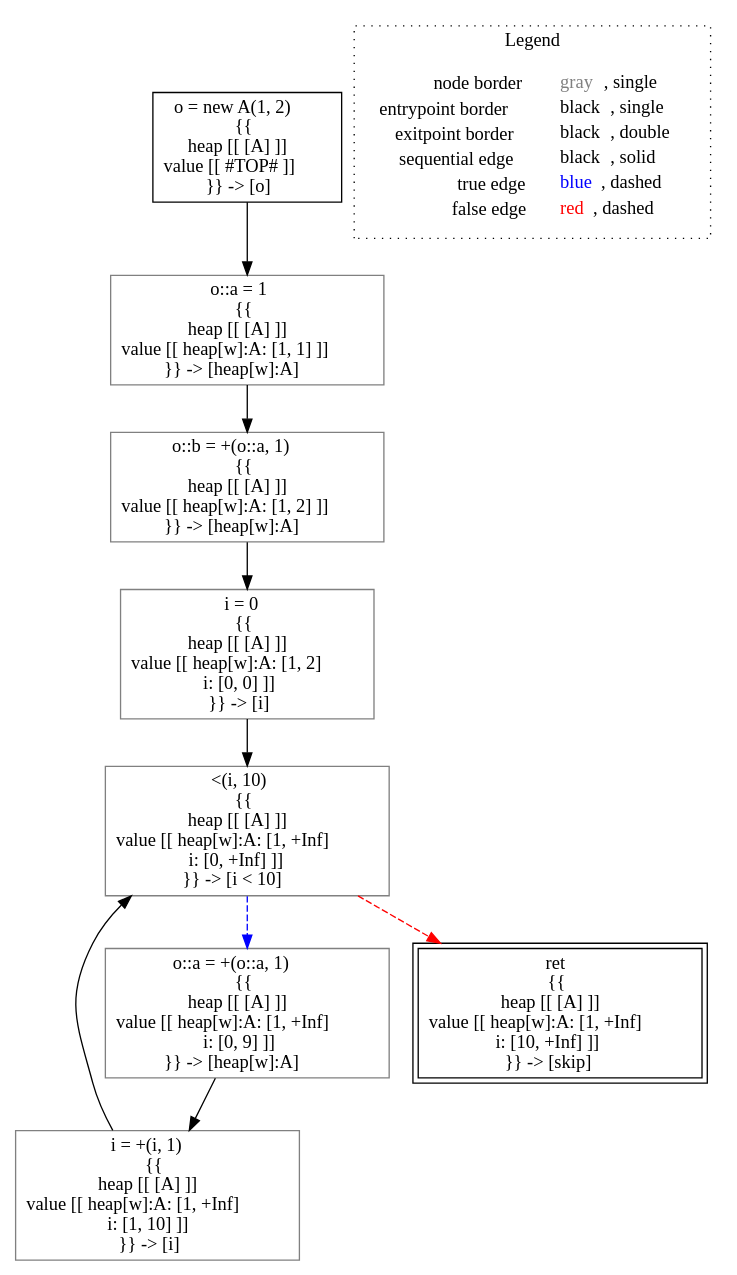
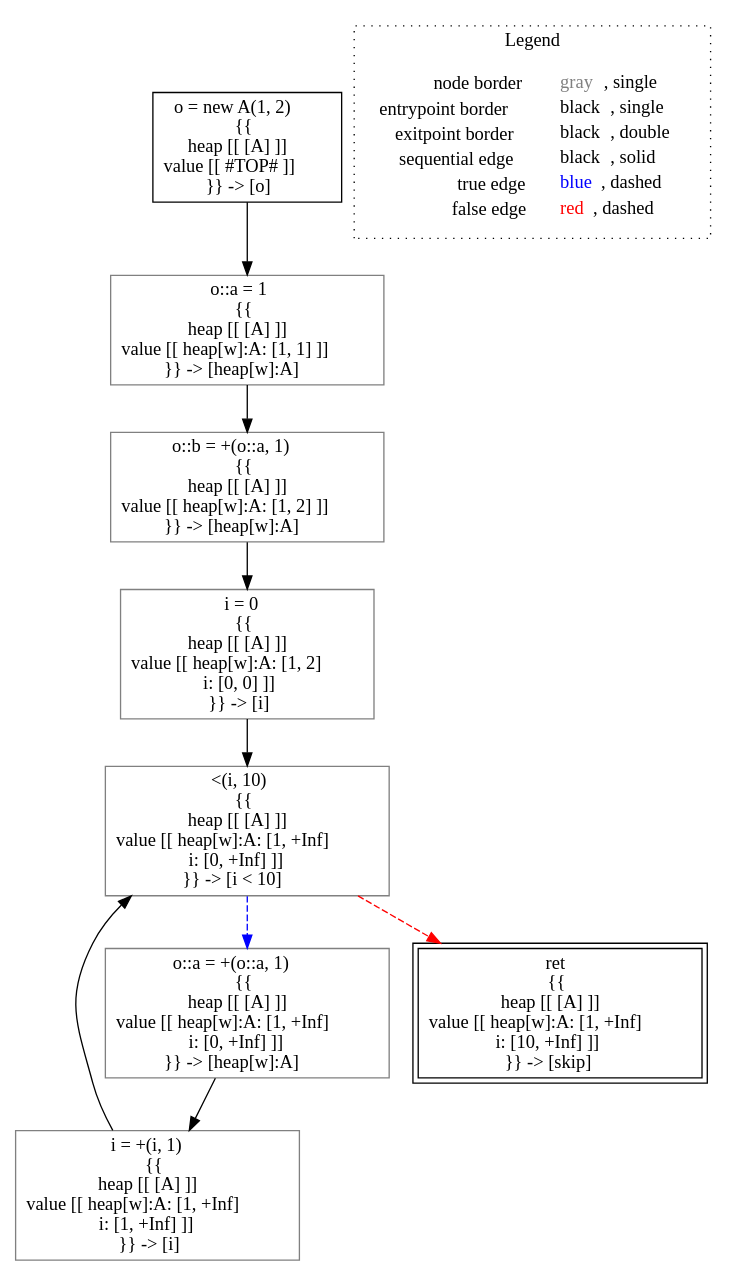
One commit to lisa-analyzer/lisa changed the diagram in lisa/imp-testcases/heap/type-based-heap/analysis___untyped_A.f2(A_this).dot. Above: the diagram before and after it, drawn with Graphviz. The commit also changed 17 other files, not shown here.

```diff
--- a/lisa/imp-testcases/heap/type-based-heap/analysis___untyped_A.f2(A_this).dot
+++ b/lisa/imp-testcases/heap/type-based-heap/analysis___untyped_A.f2(A_this).dot
@@ -1,25 +1,25 @@
 digraph {
 	"node0" [shape="rect",color="black",label=<o = new A(1, 2)<BR/>{{<BR/>heap [[ [A] ]]<BR/>value [[ #TOP# ]]<BR/>}} -&gt; [o]>];
-	"node1" [shape="rect",color="gray",label=<o::a = +(o::a, 1)<BR/>{{<BR/>heap [[ [A] ]]<BR/>value [[ heap[w]:A: [1, +Inf]<BR/>i: [0, 9] ]]<BR/>}} -&gt; [heap[w]:A]>];
-	"node2" [shape="rect",color="gray",label=<o::a = 1<BR/>{{<BR/>heap [[ [A] ]]<BR/>value [[ heap[w]:A: [1, 1] ]]<BR/>}} -&gt; [heap[w]:A]>];
-	"node3" [shape="rect",color="gray",label=<o::b = +(o::a, 1)<BR/>{{<BR/>heap [[ [A] ]]<BR/>value [[ heap[w]:A: [1, 2] ]]<BR/>}} -&gt; [heap[w]:A]>];
-	"node4" [shape="rect",color="gray",label=<i = 0<BR/>{{<BR/>heap [[ [A] ]]<BR/>value [[ heap[w]:A: [1, 2]<BR/>i: [0, 0] ]]<BR/>}} -&gt; [i]>];
-	"node5" [shape="rect",color="gray",label=<i = +(i, 1)<BR/>{{<BR/>heap [[ [A] ]]<BR/>value [[ heap[w]:A: [1, +Inf]<BR/>i: [1, 10] ]]<BR/>}} -&gt; [i]>];
+	"node1" [shape="rect",color="gray",label=<o::a = +(o::a, 1)<BR/>{{<BR/>heap [[ [A] ]]<BR/>value [[ heap[w]:A: [1, +Inf]<BR/>i: [0, +Inf] ]]<BR/>}} -&gt; [heap[w]:A]>];
+	"node2" [shape="rect",color="gray",label=<i = 0<BR/>{{<BR/>heap [[ [A] ]]<BR/>value [[ heap[w]:A: [1, 2]<BR/>i: [0, 0] ]]<BR/>}} -&gt; [i]>];
+	"node3" [shape="rect",color="gray",label=<i = +(i, 1)<BR/>{{<BR/>heap [[ [A] ]]<BR/>value [[ heap[w]:A: [1, +Inf]<BR/>i: [1, +Inf] ]]<BR/>}} -&gt; [i]>];
+	"node4" [shape="rect",color="gray",label=<o::b = +(o::a, 1)<BR/>{{<BR/>heap [[ [A] ]]<BR/>value [[ heap[w]:A: [1, 2] ]]<BR/>}} -&gt; [heap[w]:A]>];
+	"node5" [shape="rect",color="gray",label=<o::a = 1<BR/>{{<BR/>heap [[ [A] ]]<BR/>value [[ heap[w]:A: [1, 1] ]]<BR/>}} -&gt; [heap[w]:A]>];
 	"node6" [shape="rect",color="black",peripheries="2",label=<ret<BR/>{{<BR/>heap [[ [A] ]]<BR/>value [[ heap[w]:A: [1, +Inf]<BR/>i: [10, +Inf] ]]<BR/>}} -&gt; [skip]>];
 	"node7" [shape="rect",color="gray",label=<&lt;(i, 10)<BR/>{{<BR/>heap [[ [A] ]]<BR/>value [[ heap[w]:A: [1, +Inf]<BR/>i: [0, +Inf] ]]<BR/>}} -&gt; [i &lt; 10]>];
-	"node1" -> "node5" [color="black"];
-	"node2" -> "node3" [color="black"];
-	"node3" -> "node4" [color="black"];
-	"node4" -> "node7" [color="black"];
-	"node0" -> "node2" [color="black"];
-	"node5" -> "node7" [color="black"];
+	"node0" -> "node5" [color="black"];
+	"node1" -> "node3" [color="black"];
+	"node2" -> "node7" [color="black"];
+	"node3" -> "node7" [color="black"];
+	"node4" -> "node2" [color="black"];
+	"node5" -> "node4" [color="black"];
 	"node7" -> "node1" [color="blue",style="dashed"];
 	"node7" -> "node6" [color="red",style="dashed"];
 subgraph cluster_legend {
 	label="Legend";
 	style=dotted;
 	node [shape=plaintext];
 	"legend" [label=<<table border="0" cellpadding="2" cellspacing="0" cellborder="0"><tr><td align="right">node border&nbsp;</td><td align="left"><font color="gray">gray</font>, single</td></tr><tr><td align="right">entrypoint border&nbsp;</td><td align="left"><font color="black">black</font>, single</td></tr><tr><td align="right">exitpoint border&nbsp;</td><td align="left"><font color="black">black</font>, double</td></tr><tr><td align="right">sequential edge&nbsp;</td><td align="left"><font color="black">black</font>, solid</td></tr><tr><td align="right">true edge&nbsp;</td><td align="left"><font color="blue">blue</font>, dashed</td></tr><tr><td align="right">false edge&nbsp;</td><td align="left"><font color="red">red</font>, dashed</td></tr></table>>];
 }
 
 }
```
